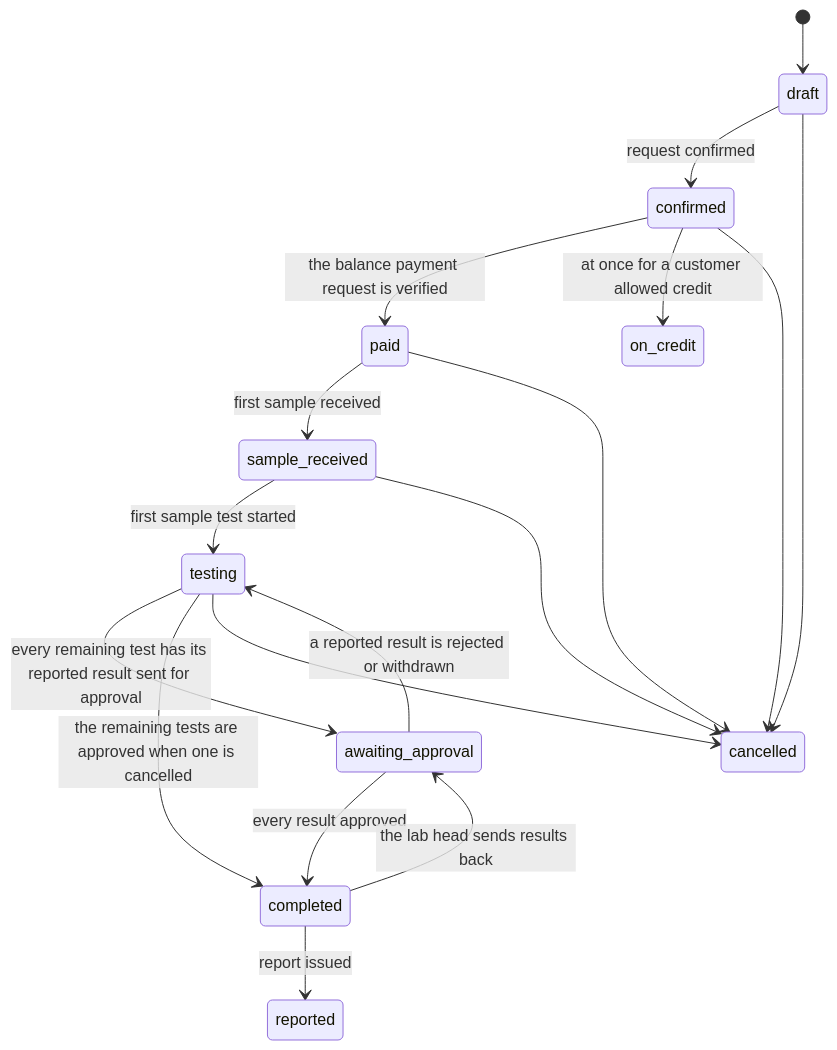
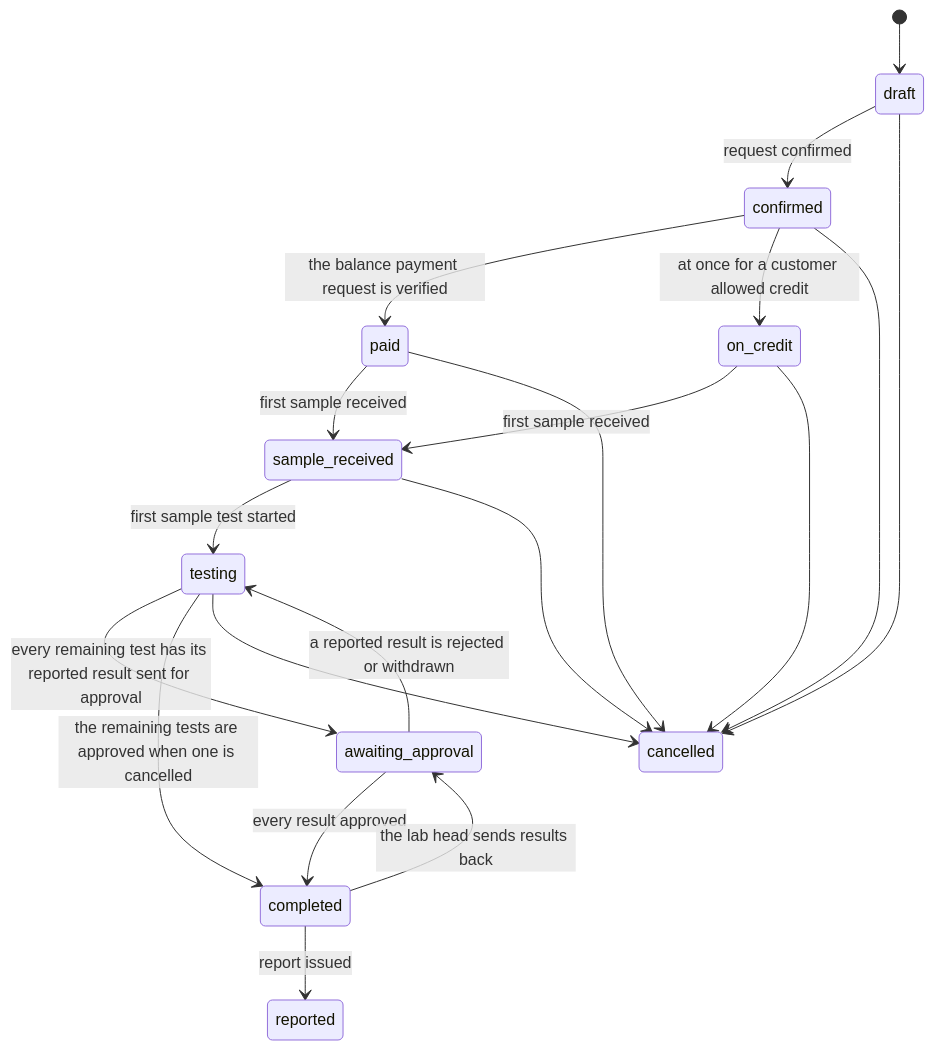
Before and after one commit to SoltuneMontepre/medilab: the second of 9 diagrams in docs/functional/laboratory_module/overview.md, drawn with Mermaid. The commit also changed other lines of this file and 36 other files, not shown here.

````diff
--- a/docs/functional/laboratory_module/overview.md
+++ b/docs/functional/laboratory_module/overview.md
@@ -57,20 +57,22 @@
 ```mermaid
 stateDiagram-v2
     [*] --> draft
     draft --> confirmed: request confirmed
     confirmed --> paid: the balance payment request is verified
     confirmed --> on_credit: at once for a customer allowed credit
     paid --> sample_received: first sample received
+    on_credit --> sample_received: first sample received
     sample_received --> testing: first sample test started
     testing --> awaiting_approval: every remaining test has its reported result sent for approval
     awaiting_approval --> testing: a reported result is rejected or withdrawn
     awaiting_approval --> completed: every result approved
     testing --> completed: the remaining tests are approved when one is cancelled
     completed --> reported: report issued
     completed --> awaiting_approval: the lab head sends results back
     draft --> cancelled
     confirmed --> cancelled
     paid --> cancelled
+    on_credit --> cancelled
     sample_received --> cancelled
     testing --> cancelled
 ```
````
